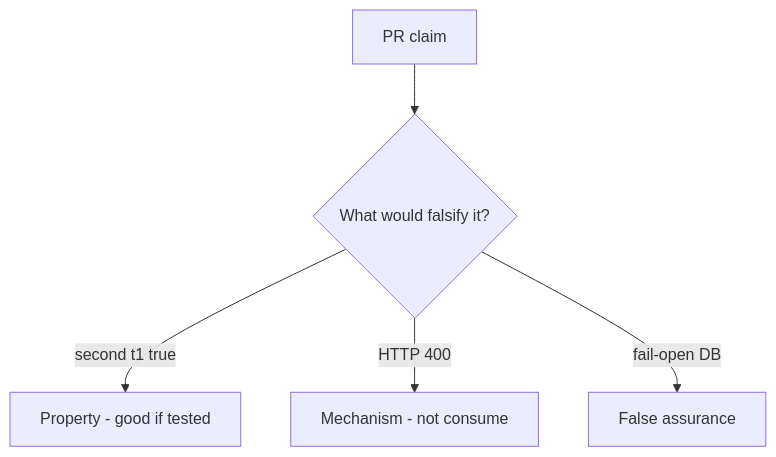
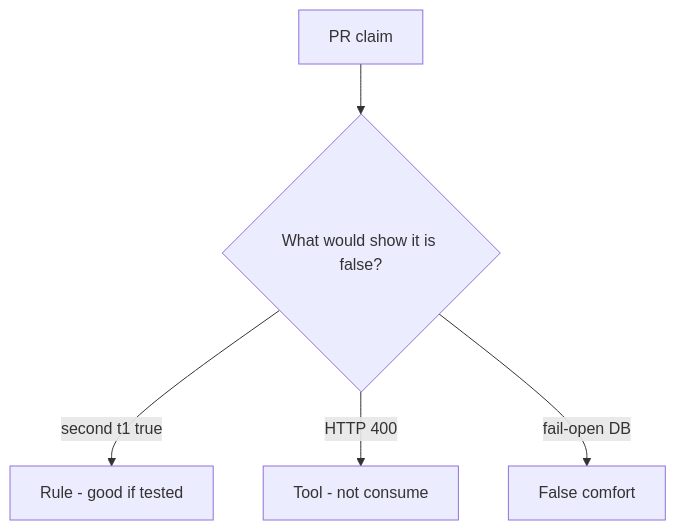
One commit to ishitvagoel/LearnSecurity changed the diagram in content/modules/6/6.6/lessons/08-review.md. Above: the diagram before and after it, drawn with Mermaid. The commit also changed other lines of this file and 55 other files, not shown here.

````diff
--- a/content/modules/6/6.6/lessons/08-review.md
+++ b/content/modules/6/6.6/lessons/08-review.md
@@ -17,7 +18,7 @@
 ```mermaid
 flowchart TD
-  Claim[PR claim] --> Q{"What would falsify it?"}
-  Q -->|"second t1 true"| Property["Property - good if tested"]
-  Q -->|"HTTP 400"| Mechanism[Mechanism - not consume]
-  Q -->|"fail-open DB"| False[False assurance]
+  Claim[PR claim] --> Q{"What would show it is false?"}
+  Q -->|"second t1 true"| Property["Rule - good if tested"]
+  Q -->|"HTTP 400"| Mechanism[Tool - not consume]
+  Q -->|"fail-open DB"| False[False comfort]
 ```
````
